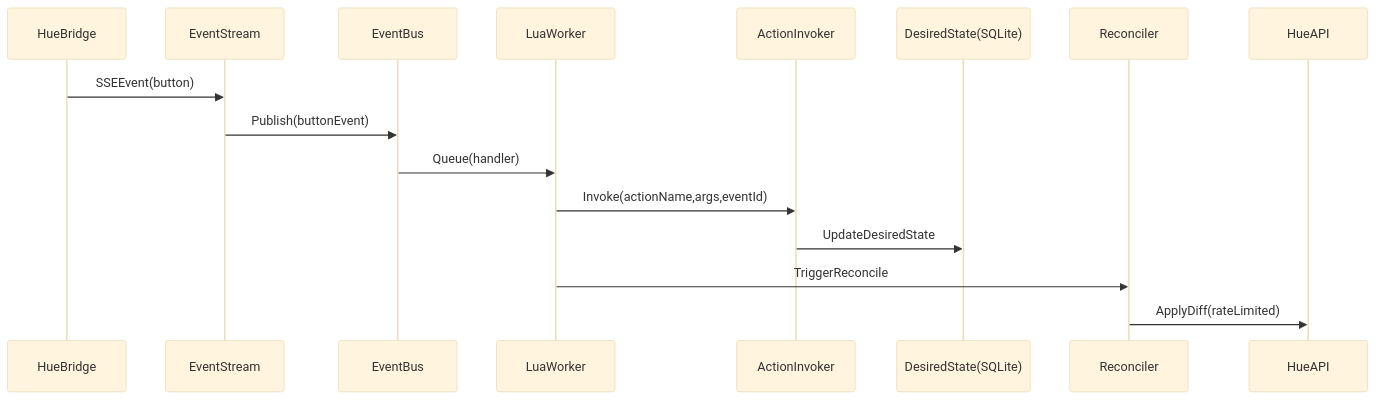
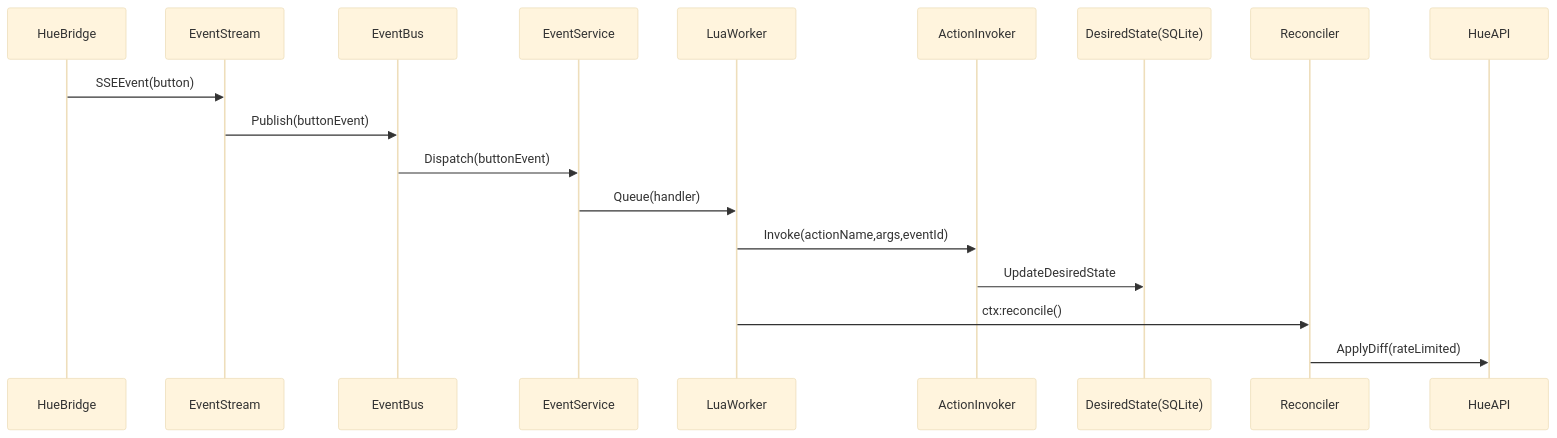
The second of 3 diagrams in README.md (dokzlo13/lightd), drawn with Mermaid (base theme) before and after one commit. The commit also changed other lines of this file, not shown here.

````diff
--- a/README.md
+++ b/README.md
@@ -77,19 +80,21 @@
 ```mermaid
 sequenceDiagram
   participant HueBridge as HueBridge
   participant SSE as EventStream
   participant Bus as EventBus
+  participant EventSvc as EventService
   participant Lua as LuaWorker
   participant Inv as ActionInvoker
   participant Store as DesiredState(SQLite)
   participant Rec as Reconciler
   participant HueApi as HueAPI
 
   HueBridge->>SSE: SSEEvent(button)
   SSE->>Bus: Publish(buttonEvent)
-  Bus->>Lua: Queue(handler)
+  Bus->>EventSvc: Dispatch(buttonEvent)
+  EventSvc->>Lua: Queue(handler)
   Lua->>Inv: Invoke(actionName,args,eventId)
   Inv->>Store: UpdateDesiredState
-  Lua->>Rec: TriggerReconcile
+  Lua->>Rec: ctx:reconcile()
   Rec->>HueApi: ApplyDiff(rateLimited)
 ```
````
